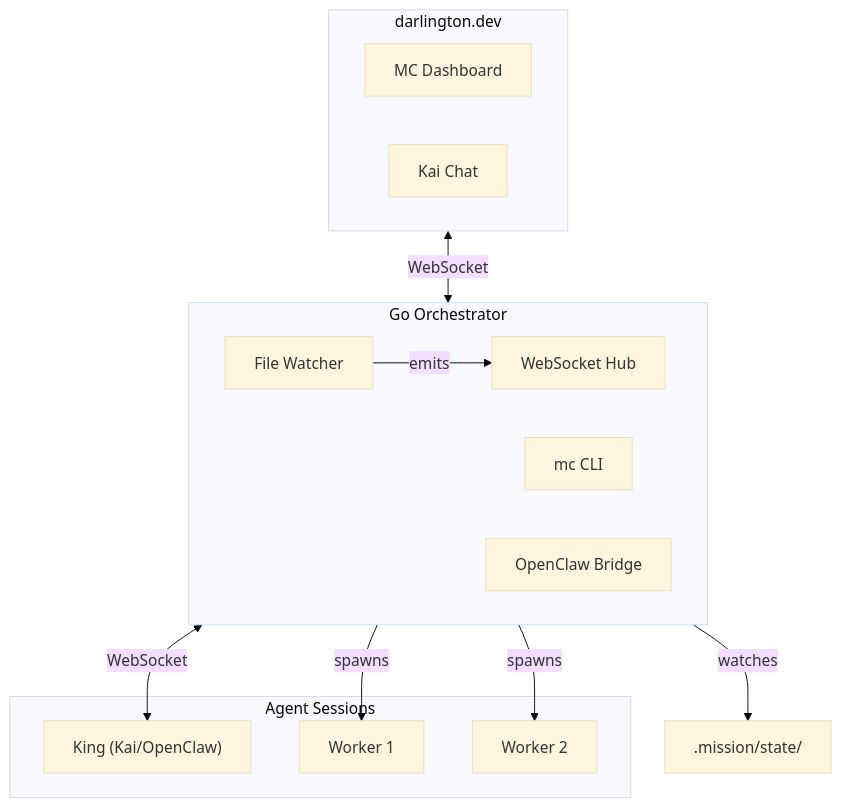
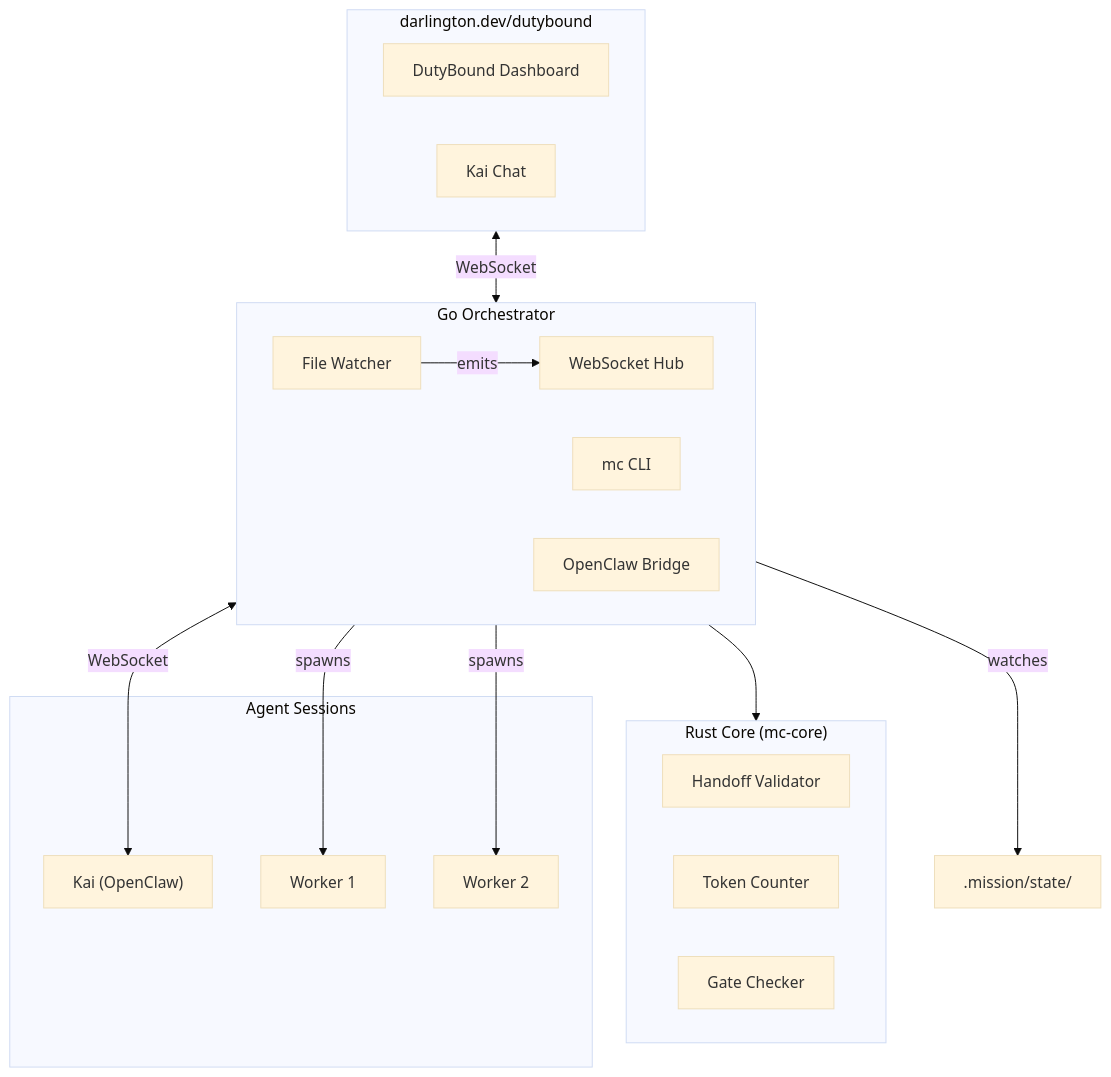
One commit to MikeSquared-Agency/MissionControl changed the diagram in README.md. Above: the diagram before and after it, drawn with Mermaid (base theme). The commit also changed other lines of this file and 1 other file, not shown here.

First line of the commit message:
docs: rebrand as DutyBound, full README rewrite, add migration TODOs

````diff
--- a/README.md
+++ b/README.md
@@ -9,28 +22,35 @@
 ```mermaid
 flowchart TB
-    subgraph UI["darlington.dev"]
-        MC[MC Dashboard]
+    subgraph UI["darlington.dev/dutybound"]
+        DB[DutyBound Dashboard]
         KC[Kai Chat]
     end
 
     subgraph Bridge["Go Orchestrator"]
         direction LR
         FW[File Watcher]
         CLI[mc CLI]
         WS[WebSocket Hub]
         OC[OpenClaw Bridge]
     end
 
+    subgraph Core["Rust Core (mc-core)"]
+        VAL[Handoff Validator]
+        TOK[Token Counter]
+        GATE[Gate Checker]
+    end
+
     subgraph Agents["Agent Sessions"]
-        KING["King (Kai/OpenClaw)"]
+        KAI["Kai (OpenClaw)"]
         W1["Worker 1"]
         W2["Worker 2"]
     end
 
     UI <-->|WebSocket| WS
-    OC <-->|WebSocket| KING
+    OC <-->|WebSocket| KAI
     CLI -->|spawns| W1
     CLI -->|spawns| W2
     FW -->|watches| STATE[.mission/state/]
     FW -->|emits| WS
+    CLI --> Core
 ```
````
